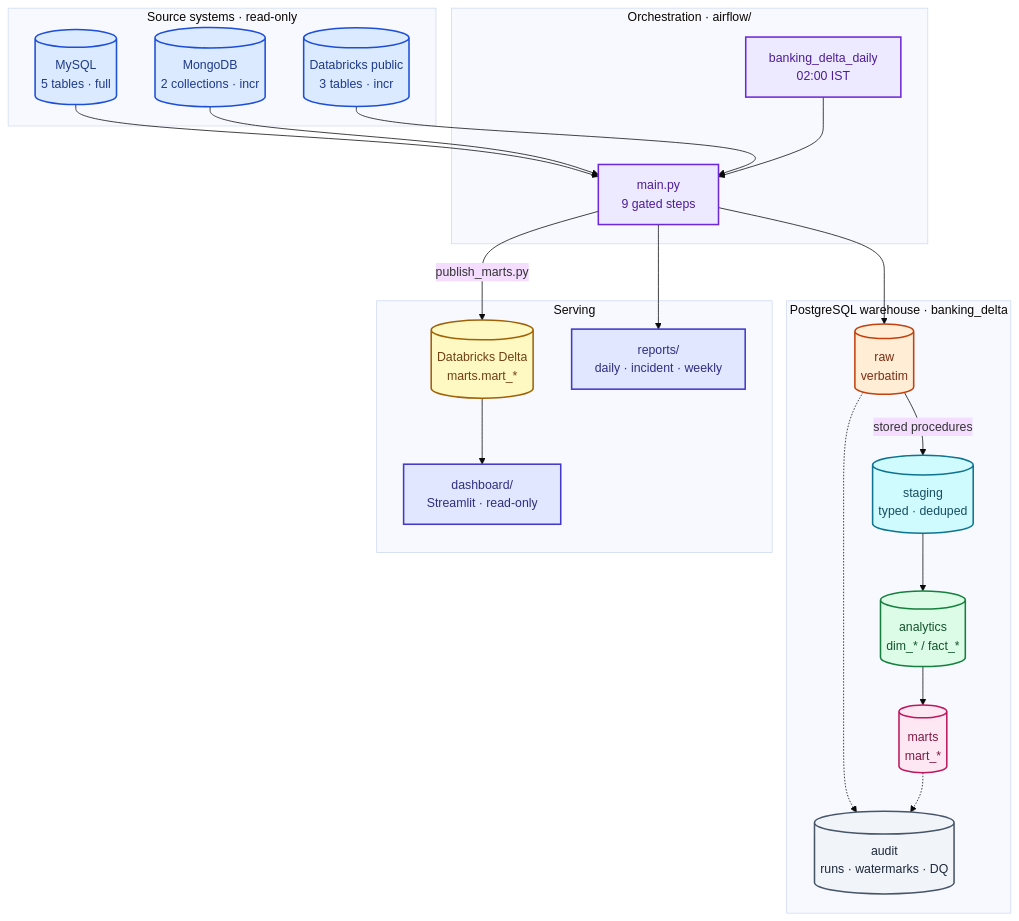
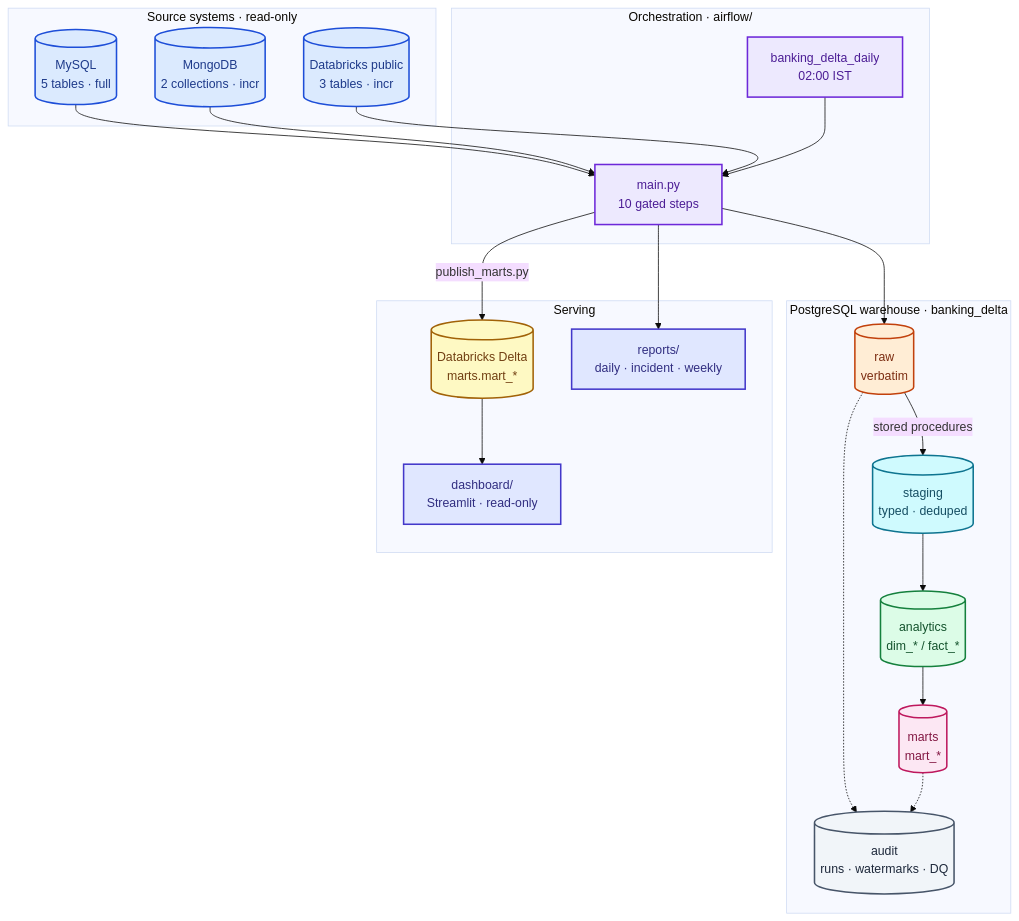
Before and after one commit to Nitinx12/Banking-Delta-Lakehouse: the second of 6 diagrams in docs/PROBLEM.md, drawn with Mermaid (base theme). The commit also changed other lines of this file and 16 other files, not shown here.

````diff
--- a/docs/PROBLEM.md
+++ b/docs/PROBLEM.md
@@ -68,56 +68,56 @@
 ```mermaid
 flowchart TB
     subgraph SRC["Source systems · read-only"]
         MYSQL[("MySQL<br/>5 tables · full")]
         MONGO[("MongoDB<br/>2 collections · incr")]
         DBXPUB[("Databricks public<br/>3 tables · incr")]
     end
 
     subgraph ORCH["Orchestration · airflow/"]
         AF["banking_delta_daily<br/>02:00 IST"]
-        MAIN["main.py<br/>9 gated steps"]
+        MAIN["main.py<br/>10 gated steps"]
     end
 
     subgraph PG["PostgreSQL warehouse · banking_delta"]
         RAW[("raw<br/>verbatim")] -->|stored procedures| STG[("staging<br/>typed · deduped")]
         STG --> ANA[("analytics<br/>dim_* / fact_*")] --> MRT[("marts<br/>mart_*")]
         AUD[("audit<br/>runs · watermarks · DQ")]
     end
 
     subgraph SERVE["Serving"]
         DELTA[("Databricks Delta<br/>marts.mart_*")]
         DASH["dashboard/<br/>Streamlit · read-only"]
         RPT["reports/<br/>daily · incident · weekly"]
     end
 
     MYSQL --> MAIN
     MONGO --> MAIN
     DBXPUB --> MAIN
     AF --> MAIN
     MAIN --> RAW
     MAIN -->|publish_marts.py| DELTA
     DELTA --> DASH
     MAIN --> RPT
     RAW -.-> AUD
     MRT -.-> AUD
 
     classDef src fill:#dbeafe,stroke:#1d4ed8,color:#1e3a8a,stroke-width:2px
     classDef orch fill:#ede9fe,stroke:#6d28d9,color:#4c1d95,stroke-width:2px
     classDef raw fill:#ffedd5,stroke:#c2410c,color:#7c2d12,stroke-width:2px
     classDef staging fill:#cffafe,stroke:#0e7490,color:#164e63,stroke-width:2px
     classDef analytics fill:#dcfce7,stroke:#15803d,color:#14532d,stroke-width:2px
     classDef marts fill:#fce7f3,stroke:#be185d,color:#831843,stroke-width:2px
     classDef delta fill:#fef9c3,stroke:#a16207,color:#713f12,stroke-width:2px
     classDef audit fill:#f1f5f9,stroke:#475569,color:#1e293b,stroke-width:2px
     classDef ui fill:#e0e7ff,stroke:#4338ca,color:#312e81,stroke-width:2px
 
     class MYSQL,MONGO,DBXPUB src
     class AF,MAIN orch
     class RAW raw
     class STG staging
     class ANA analytics
     class MRT marts
     class DELTA delta
     class AUD audit
     class DASH,RPT ui
 ```
````
